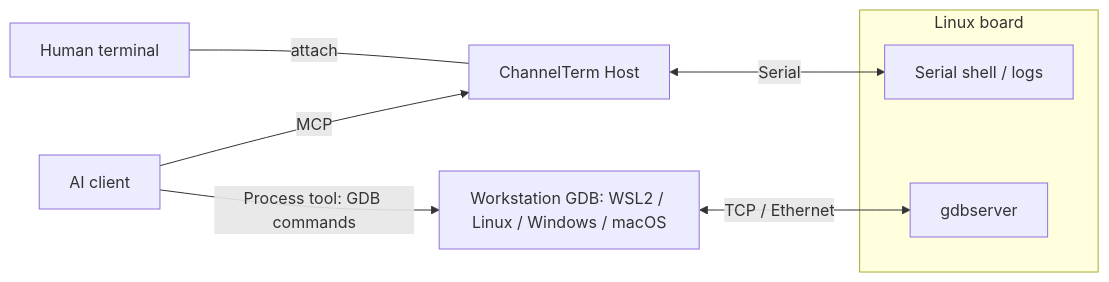
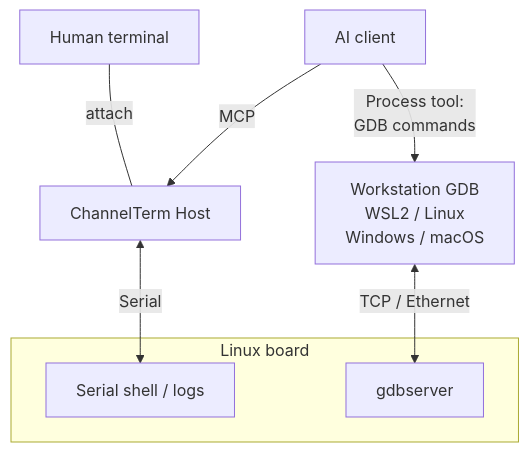
The third of 3 diagrams in README.md (akira-init1/ChannelTerm), drawn with Mermaid before and after one commit. The commit also changed other lines of this file and 13 other files, not shown here.

First line of the commit message:
docs(diagrams): clarify shared terminal and debugger data flows

````diff
--- a/README.md
+++ b/README.md
@@ -300,16 +304,16 @@
 ```mermaid
-flowchart LR
+flowchart TB
     AI["AI client"]
     Human["Human terminal"]
     Host["ChannelTerm Host"]
-    GDB["Workstation GDB: WSL2 / Linux / Windows / macOS"]
+    GDB["Workstation GDB<br/>WSL2 / Linux<br/>Windows / macOS"]
     subgraph Board["Linux board"]
         Console["Serial shell / logs"]
         Server["gdbserver"]
     end
     Human ---|"attach"| Host
     AI -->|"MCP"| Host
-    AI -->|"Process tool: GDB commands"| GDB
+    AI -->|"Process tool:<br/>GDB commands"| GDB
     Host <-->|"Serial"| Console
     GDB <-->|"TCP / Ethernet"| Server
 ```
````
